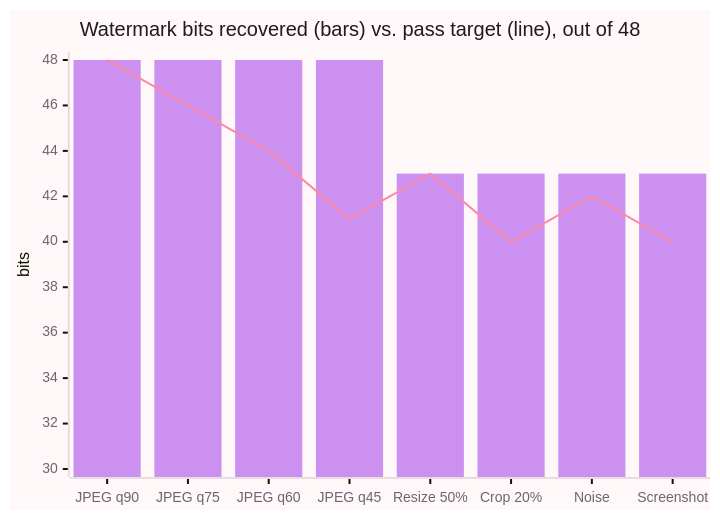
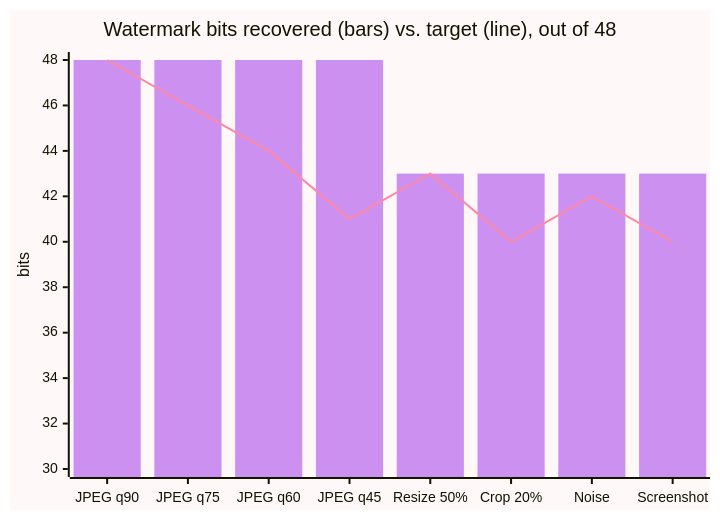
One commit to TIRTHPATEL3086/idex_trinetra changed the third of 3 diagrams in README.md. Above: the diagram before and after it, drawn with Mermaid. The commit also changed other lines of this file, not shown here.

````diff
--- a/README.md
+++ b/README.md
@@ -319,9 +66,9 @@
 ```mermaid
-%%{init: {'theme':'base','themeVariables':{'fontFamily':'Inter, Segoe UI, sans-serif','xyChart':{'backgroundColor':'#fff8f8','titleColor':'#1f1a23','xAxisLabelColor':'#6e6472','yAxisLabelColor':'#6e6472','xAxisLineColor':'#e7dde0','yAxisLineColor':'#e7dde0','plotColorPalette':'#cc91f0, #ff87a6'}}}}%%
+%%{init: {'theme':'base','themeVariables':{'xyChart':{'backgroundColor':'#fff8f8','plotColorPalette':'#cc91f0, #ff87a6'}}}}%%
 xychart-beta
-    title "Watermark bits recovered (bars) vs. pass target (line), out of 48"
+    title "Watermark bits recovered (bars) vs. target (line), out of 48"
     x-axis ["JPEG q90", "JPEG q75", "JPEG q60", "JPEG q45", "Resize 50%", "Crop 20%", "Noise", "Screenshot"]
     y-axis "bits" 30 --> 48
     bar [48, 48, 48, 48, 43, 43, 43, 43]
     line [48, 46, 44, 41, 43, 40, 42, 40]
 ```
````
